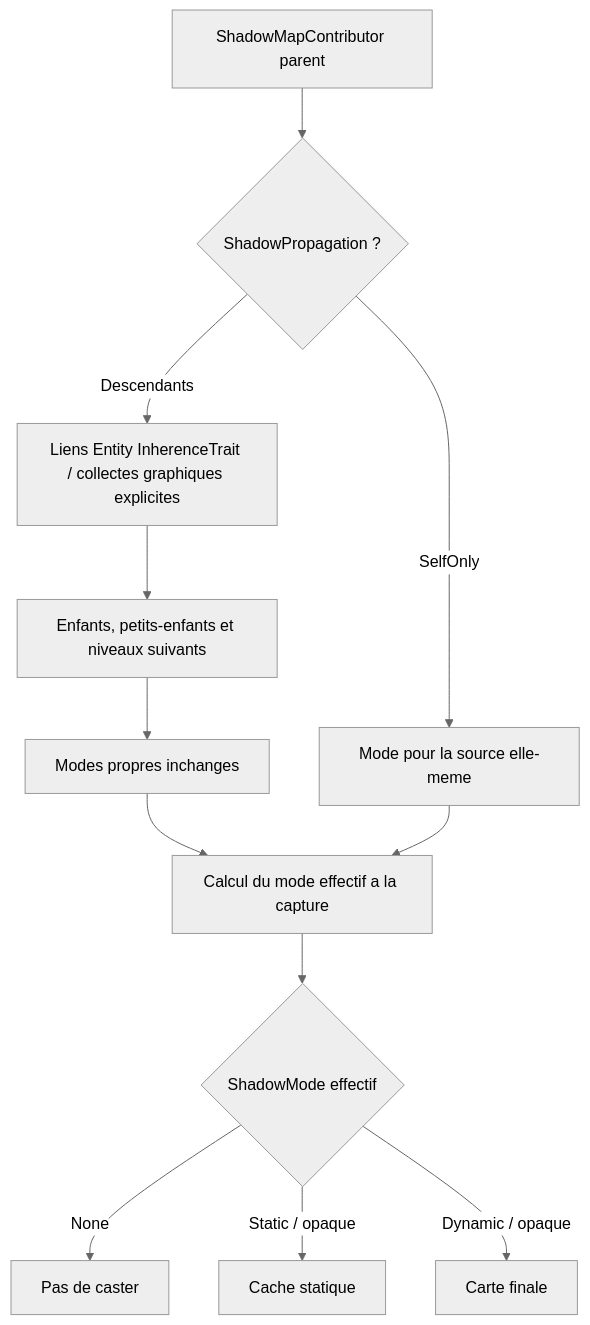
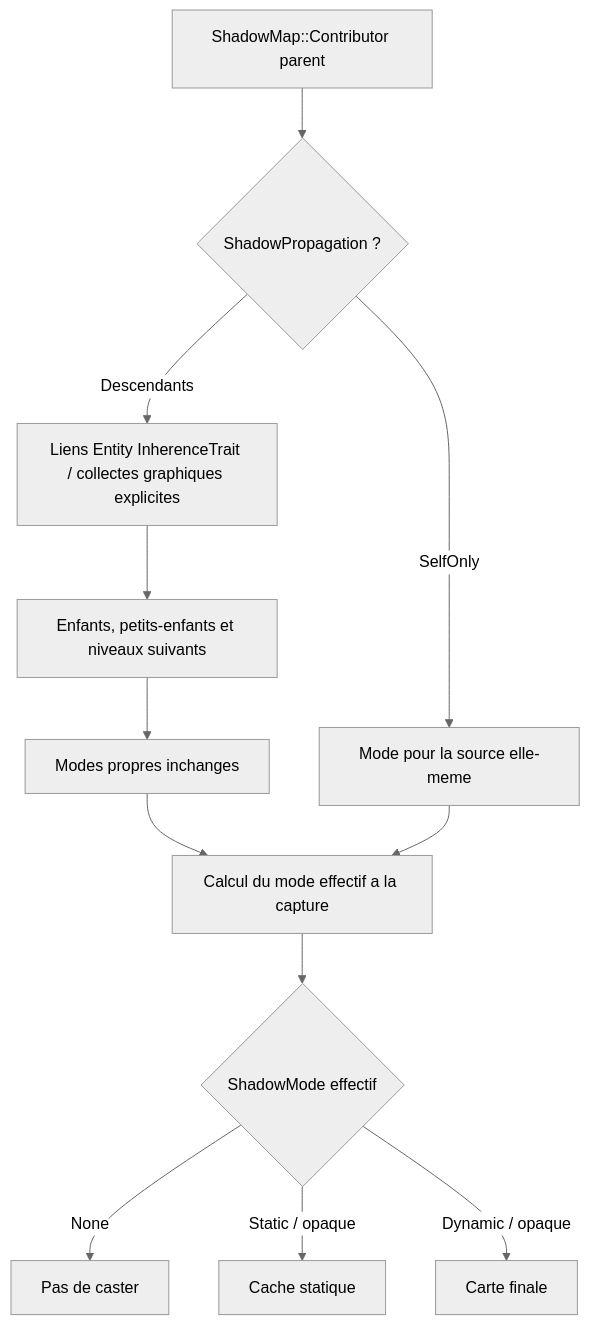
Before and after one commit to EreliaStudio/Sparkle: diagram 13 of 14 in docs/voxel-engine-v0.1.4-specification.md, drawn with Mermaid (neutral theme). The commit also changed other lines of this file, not shown here.

Commit message:
docs(v0.1.4): organize autonomous shadow passes as ShadowMap with nested Contributor and RenderingSystem

````diff
--- a/docs/voxel-engine-v0.1.4-specification.md
+++ b/docs/voxel-engine-v0.1.4-specification.md
@@ -1080,14 +1097,14 @@
 ```mermaid
 flowchart TD
-  P["ShadowMapContributor parent"] --> Policy{"ShadowPropagation ?"}
+  P["ShadowMap::Contributor parent"] --> Policy{"ShadowPropagation ?"}
   Policy -->|"SelfOnly"| Own["Mode pour la source elle-meme"]
   Policy -->|"Descendants"| Links["Liens Entity InherenceTrait / collectes graphiques explicites"]
   Links --> Desc["Enfants, petits-enfants et niveaux suivants"]
   Desc --> NonMut["Modes propres inchanges"]
   NonMut --> Effective["Calcul du mode effectif a la capture"]
   Own --> Effective
   Effective --> Mode{"ShadowMode effectif"}
   Mode -->|"None"| N["Pas de caster"]
   Mode -->|"Static / opaque"| St["Cache statique"]
   Mode -->|"Dynamic / opaque"| Dy["Carte finale"]
 ```
````
